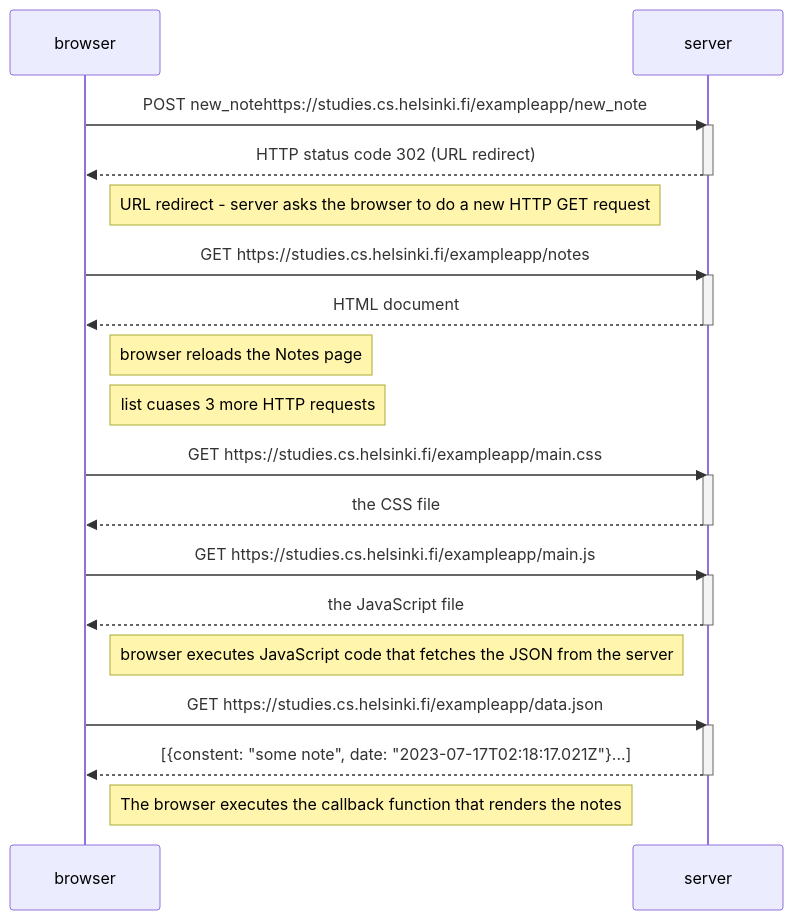
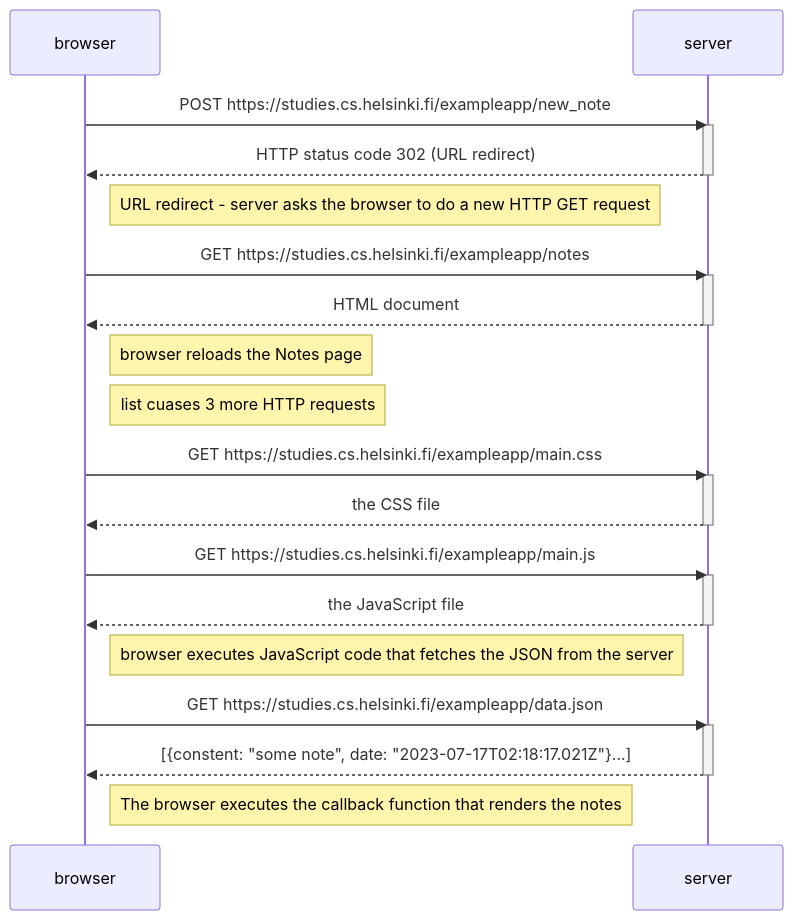
Before and after one commit to jenniferrnguyen/Fullstack-Open: the diagram in part_0/0.4/new_note_sequence_diagram.md, drawn with Mermaid.

Commit message:
Update new_note_sequence_diagram.md
fixed typo in POST request portion

````diff
--- a/part_0/0.4/new_note_sequence_diagram.md
+++ b/part_0/0.4/new_note_sequence_diagram.md
@@ -1,39 +1,39 @@
 ```mermaid
 sequenceDiagram
 participant browser
 participant server
 
-browser->>server: POST new_notehttps://studies.cs.helsinki.fi/exampleapp/new_note
+browser->>server: POST https://studies.cs.helsinki.fi/exampleapp/new_note
 activate server
 server-->>browser: HTTP status code 302 (URL redirect)
 deactivate server
 
 Note right of browser: URL redirect - server asks the browser to do a new HTTP GET request
 
 browser->>server: GET https://studies.cs.helsinki.fi/exampleapp/notes
 activate server
 server-->>browser: HTML document
 deactivate server
 
 Note right of browser: browser reloads the Notes page
 Note right of browser: list cuases 3 more HTTP requests
 
 browser->>server: GET https://studies.cs.helsinki.fi/exampleapp/main.css
 activate server
 server-->>browser: the CSS file
 deactivate server
 
 browser->>server: GET https://studies.cs.helsinki.fi/exampleapp/main.js
 activate server
 server-->>browser: the JavaScript file
 deactivate server
 
 Note right of browser: browser executes JavaScript code that fetches the JSON from the server
 
 browser->>server: GET https://studies.cs.helsinki.fi/exampleapp/data.json
 activate server
 server-->>browser: [{constent: "some note", date: "2023-07-17T02:18:17.021Z"}...]
 deactivate server
 
 Note right of browser: The browser executes the callback function that renders the notes
 ```
````
